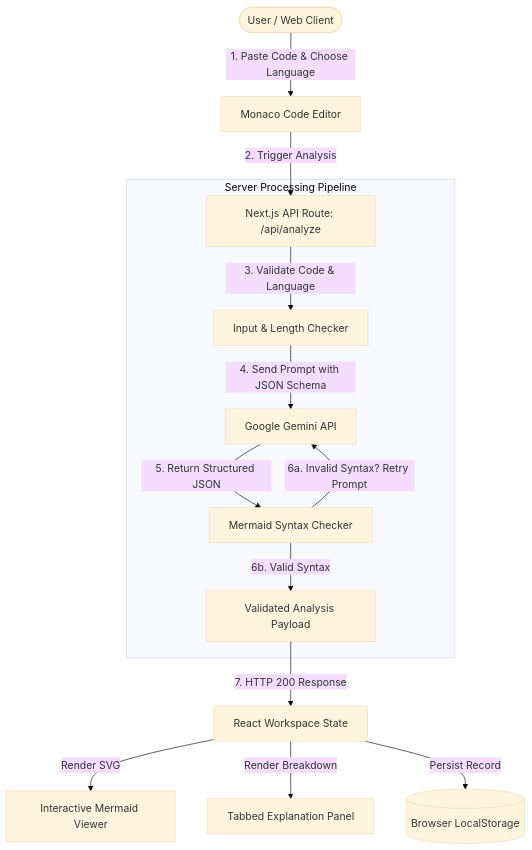
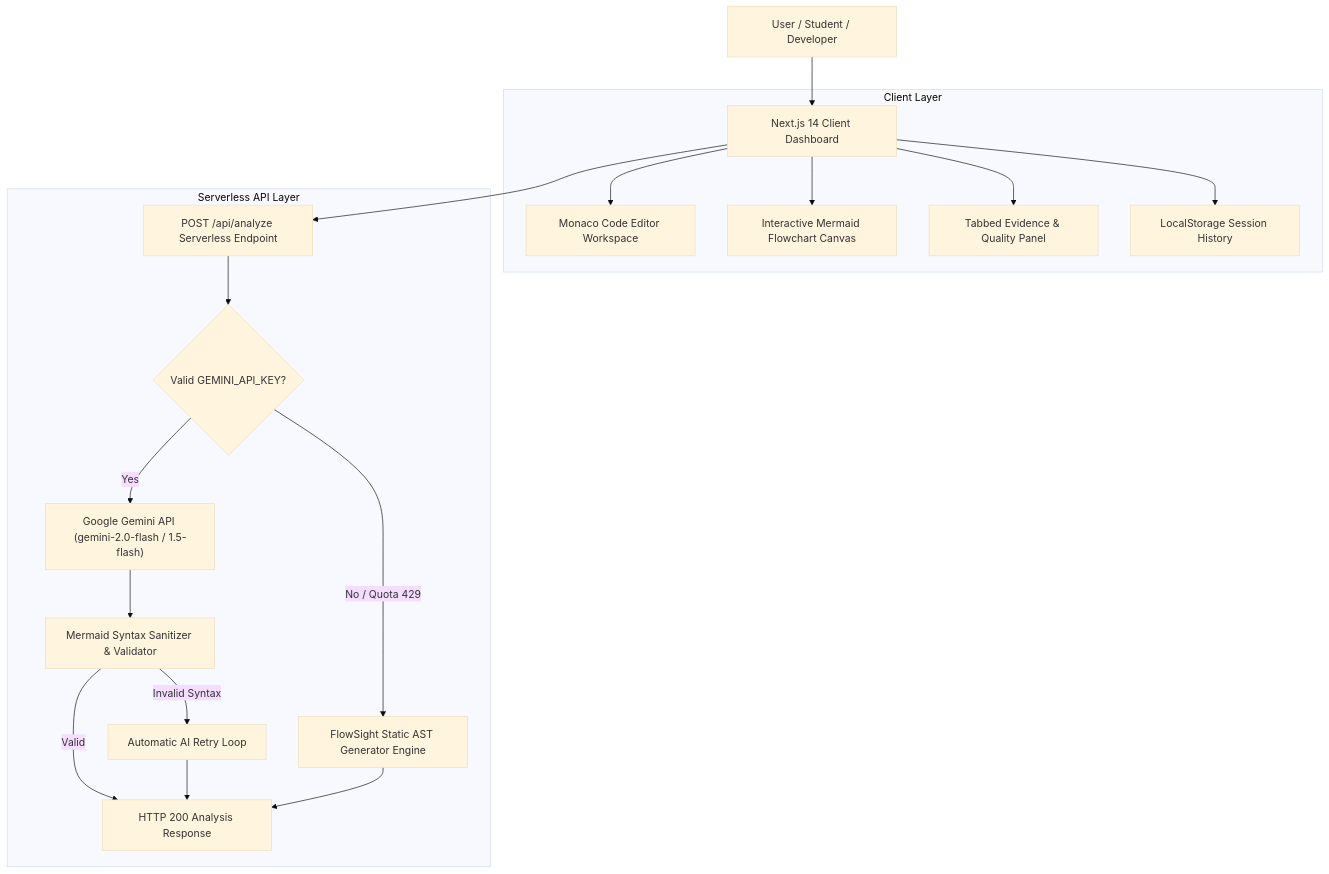
Before and after one commit to NagaVeeranna/FlowSight-AI-Code-Logic-Flowchart-Generator-: the diagram in ARCHITECTURE.md, drawn with Mermaid (base theme). The commit also changed other lines of this file and 2 other files, not shown here.

Commit message:
Update all technical documentation (API_DOCS, ARCHITECTURE, FOLDER_STRUCTURE)

````diff
--- a/ARCHITECTURE.md
+++ b/ARCHITECTURE.md
@@ -9,18 +9,23 @@
 ```mermaid
 graph TD
-    User([User / Web Client]) -->|1. Paste Code & Choose Language| Editor[Monaco Code Editor]
-    Editor -->|2. Trigger Analysis| APIRoute[Next.js API Route: /api/analyze]
+    User["User / Student / Developer"] --> UI["Next.js 14 Client Dashboard"]
     
-    subgraph Server Processing Pipeline
-        APIRoute -->|3. Validate Code & Language| Validator[Input & Length Checker]
-        Validator -->|4. Send Prompt with JSON Schema| Gemini[Google Gemini API]
-        Gemini -->|5. Return Structured JSON| SyntaxCheck[Mermaid Syntax Checker]
-        SyntaxCheck -->|6a. Invalid Syntax? Retry Prompt| Gemini
-        SyntaxCheck -->|6b. Valid Syntax| CleanedJSON[Validated Analysis Payload]
+    subgraph Client Layer
+        UI --> Monaco["Monaco Code Editor Workspace"]
+        UI --> Viewer["Interactive Mermaid Flowchart Canvas"]
+        UI --> Panel["Tabbed Evidence & Quality Panel"]
+        UI --> History["LocalStorage Session History"]
     end
-
-    CleanedJSON -->|7. HTTP 200 Response| ClientState[React Workspace State]
-    ClientState -->|Render SVG| FlowchartView[Interactive Mermaid Viewer]
-    ClientState -->|Render Breakdown| ExplanationView[Tabbed Explanation Panel]
-    ClientState -->|Persist Record| LocalStorage[(Browser LocalStorage)]
+    
+    subgraph Serverless API Layer
+        UI --> API["POST /api/analyze Serverless Endpoint"]
+        API --> KeyCheck{"Valid GEMINI_API_KEY?"}
+        KeyCheck -->|Yes| GeminiSDK["Google Gemini API (gemini-2.0-flash / 1.5-flash)"]
+        KeyCheck -->|No / Quota 429| ASTFallback["FlowSight Static AST Generator Engine"]
+        GeminiSDK --> Validator["Mermaid Syntax Sanitizer & Validator"]
+        Validator -->|Valid| Response["HTTP 200 Analysis Response"]
+        Validator -->|Invalid Syntax| RetryLoop["Automatic AI Retry Loop"]
+        RetryLoop --> Response
+        ASTFallback --> Response
+    end
 ```
````
